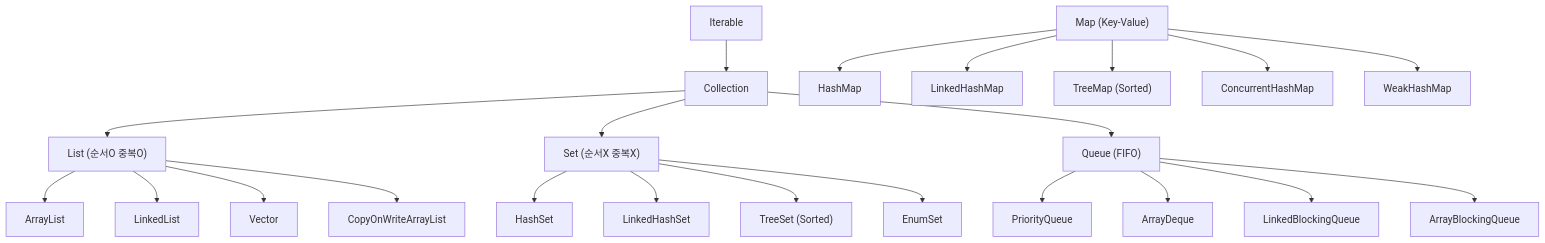
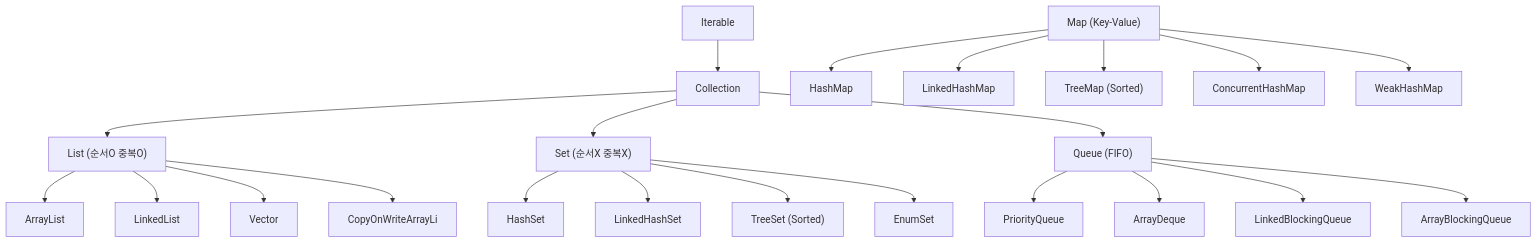
The first of 21 diagrams in _posts/java/2026-05-01-java-collections.md (yjkim2015/yjkim2015.github.io), drawn with Mermaid before and after one commit. The commit also changed other lines of this file and 271 other files, not shown here.

First line of the commit message:
Mermaid 라벨 축소: 긴 노드 텍스트 18자 이하로 트림 + \n 제거

````diff
--- a/_posts/java/2026-05-01-java-collections.md
+++ b/_posts/java/2026-05-01-java-collections.md
@@ -22,11 +22,11 @@
 ```mermaid
 graph TD
     Iterable --> Collection
     Collection --> List["List (순서O 중복O)"]
     Collection --> Set["Set (순서X 중복X)"]
     Collection --> Queue["Queue (FIFO)"]
-    List --> ArrayList & LinkedList & Vector & COWAL["CopyOnWriteArrayList"]
+    List --> ArrayList & LinkedList & Vector & COWAL["CopyOnWriteArrayLi"]
     Set --> HashSet & LinkedHashSet & TreeSet["TreeSet (Sorted)"] & EnumSet
     Queue --> PriorityQueue & ArrayDeque & LinkedBlockingQueue & ArrayBlockingQueue
     Map["Map (Key-Value)"] --> HashMap & LinkedHashMap & TreeMap["TreeMap (Sorted)"] & ConcurrentHashMap & WeakHashMap
 ```
````
